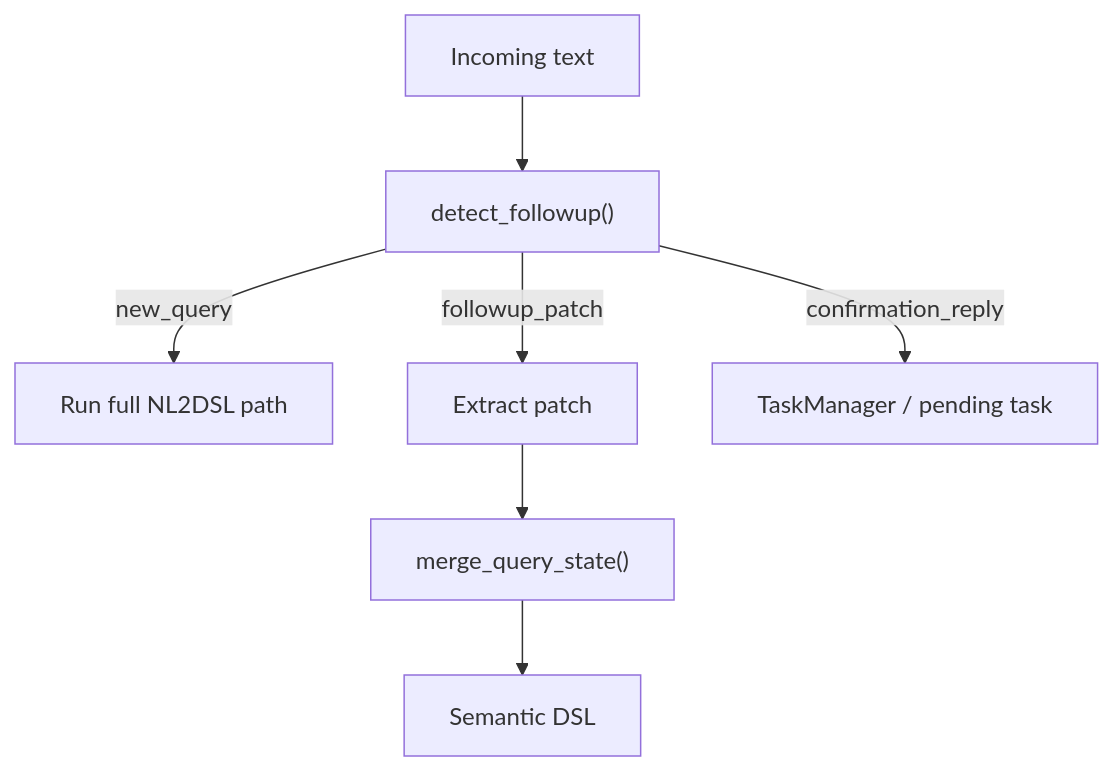
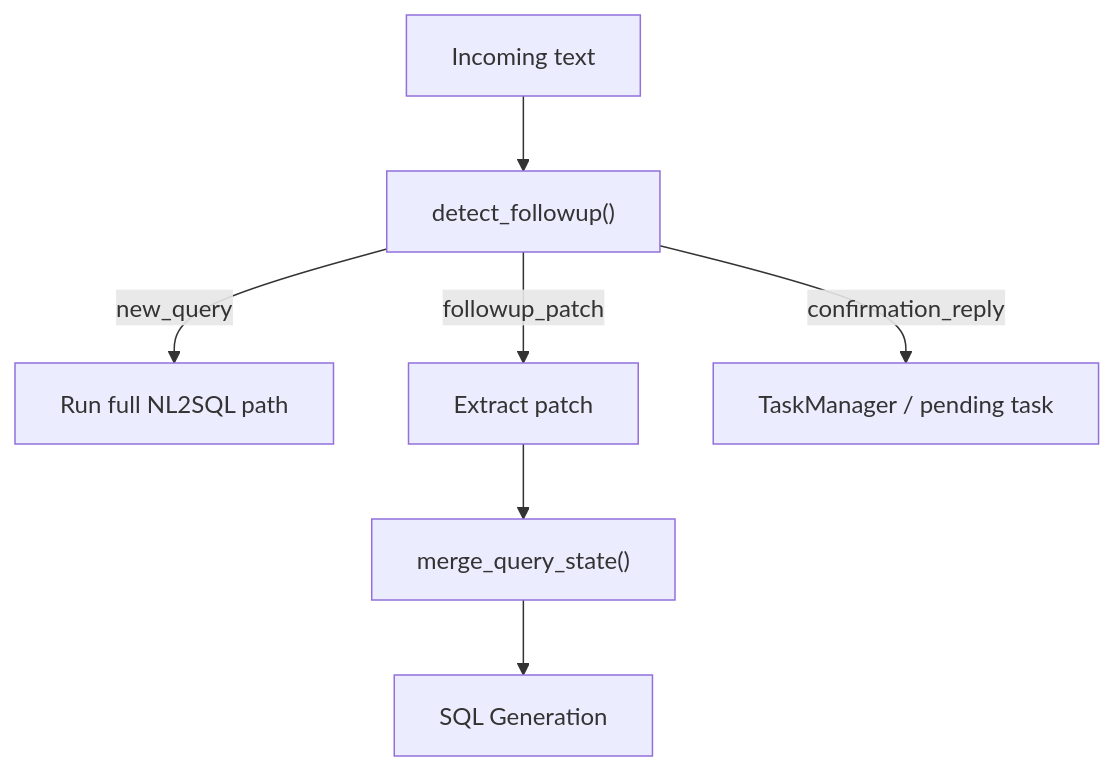
The third of 4 diagrams in docs/ARCHITECTURE.md (frankzh0330/query-agent), drawn with Mermaid before and after one commit. The commit also changed other lines of this file and 82 other files, not shown here.

````diff
--- a/docs/ARCHITECTURE.md
+++ b/docs/ARCHITECTURE.md
@@ -184,9 +196,9 @@
 ```mermaid
 flowchart TD
     Q["Incoming text"] --> D["detect_followup()"]
-    D -->|new_query| N["Run full NL2DSL path"]
+    D -->|new_query| N["Run full NL2SQL path"]
     D -->|followup_patch| P["Extract patch"]
     P --> M["merge_query_state()"]
-    M --> S["Semantic DSL"]
+    M --> S["SQL Generation"]
     D -->|confirmation_reply| T["TaskManager / pending task"]
 ```
````
